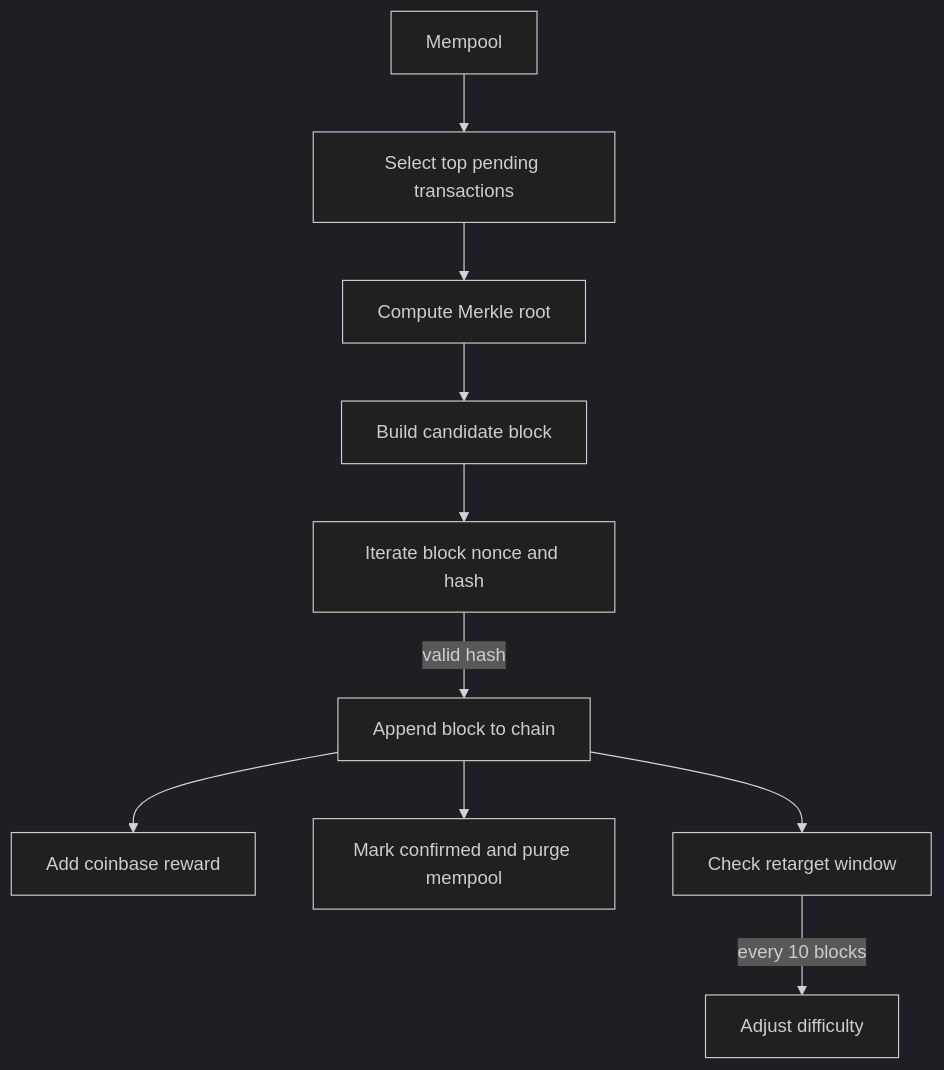
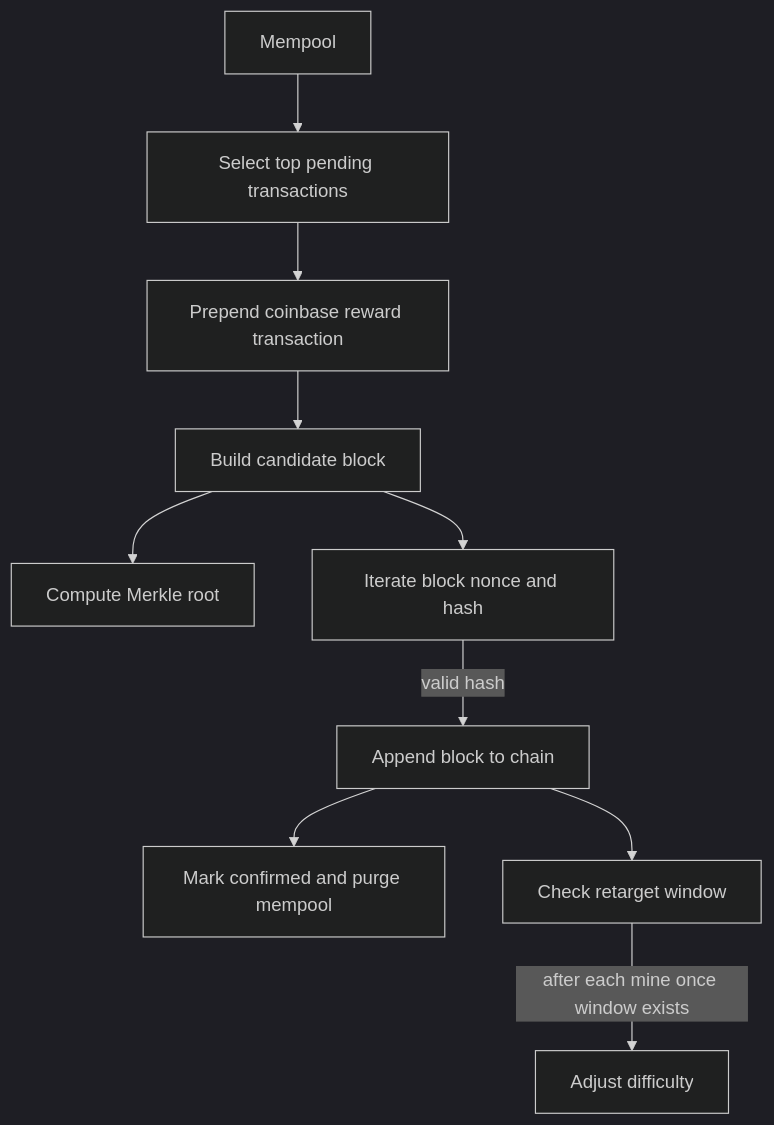
Before and after one commit to tejirijesse/aht-blockchain-summative: the seventh of 9 diagrams in docs/SYSTEM_DESIGN_DIAGRAM.md, drawn with Mermaid (dark theme). The commit also changed other lines of this file and 1 other file, not shown here.

````diff
--- a/docs/SYSTEM_DESIGN_DIAGRAM.md
+++ b/docs/SYSTEM_DESIGN_DIAGRAM.md
@@ -107,12 +110,12 @@
 ```mermaid
 flowchart TD
     MP[Mempool] --> SEL[Select top pending transactions]
-    SEL --> ROOT[Compute Merkle root]
-    ROOT --> BUILD[Build candidate block]
+    SEL --> COIN[Prepend coinbase reward transaction]
+    COIN --> BUILD[Build candidate block]
+    BUILD --> ROOT[Compute Merkle root]
     BUILD --> POW[Iterate block nonce and hash]
     POW -->|valid hash| APPEND[Append block to chain]
-    APPEND --> REWARD[Add coinbase reward]
     APPEND --> PURGE[Mark confirmed and purge mempool]
     APPEND --> RET[Check retarget window]
-    RET -->|every 10 blocks| ADJ[Adjust difficulty]
+    RET -->|after each mine once window exists| ADJ[Adjust difficulty]
 ```
````
